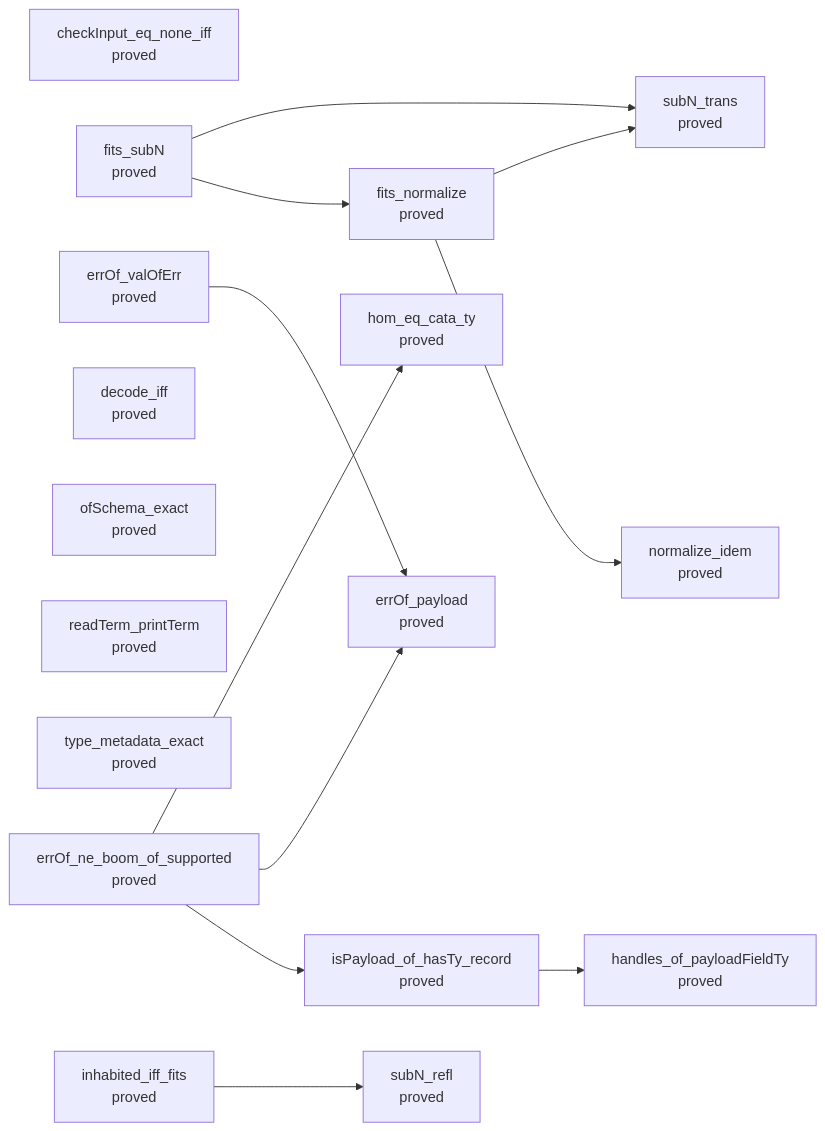
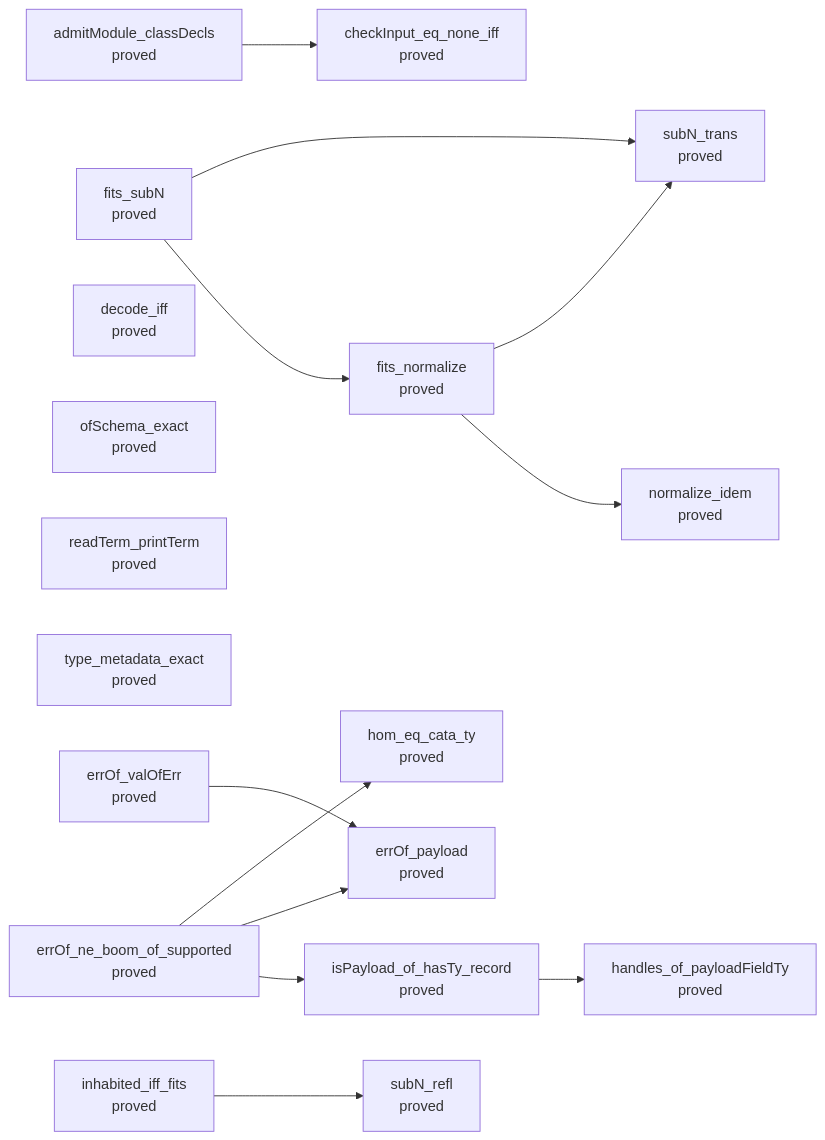
Before and after one commit to pure-algebra/lean4-effect4: the third of 13 diagrams in generated/semantics.md, drawn with Mermaid. The commit also changed other lines of this file and 2 other files, not shown here.

Commit message:
E2: the registry: R3's face part closes; payload-class-decl-exact; make gen-semantics
R3's open part for error payloads drops E2's face and names what stays open after it: catchTag's
residual over records (row 130), int and number fields (row 121), a field typed by another
class, a record update of a class instance, and a host row answering a payload (R6, parked).
`collection-term-print-read` names the classes and their coverage; the new claim
`payload-class-decl-exact` (`exact-codecs`, R3) points at `admitModule_classDecls`, proved.
`docs/core/semantics.md` states both; `generated/semantics.md` is `make gen-semantics`'s.

````diff
--- a/generated/semantics.md
+++ b/generated/semantics.md
@@ -1857,30 +1869,32 @@
 ```mermaid
 flowchart LR
   n0["checkInput_eq_none_iff<br/>proved"]
   n1["fits_normalize<br/>proved"]
   n2["fits_subN<br/>proved"]
   n3["inhabited_iff_fits<br/>proved"]
   n4["hom_eq_cata_ty<br/>proved"]
   n5["decode_iff<br/>proved"]
   n6["ofSchema_exact<br/>proved"]
   n7["readTerm_printTerm<br/>proved"]
   n8["type_metadata_exact<br/>proved"]
   n9["errOf_valOfErr<br/>proved"]
-  n10["errOf_ne_boom_of_supported<br/>proved"]
-  n11["errOf_payload<br/>proved"]
-  n12["isPayload_of_hasTy_record<br/>proved"]
-  n13["subN_trans<br/>proved"]
-  n14["normalize_idem<br/>proved"]
-  n15["subN_refl<br/>proved"]
-  n16["handles_of_payloadFieldTy<br/>proved"]
-  n1 --> n13
+  n10["admitModule_classDecls<br/>proved"]
+  n11["errOf_ne_boom_of_supported<br/>proved"]
+  n12["errOf_payload<br/>proved"]
+  n13["isPayload_of_hasTy_record<br/>proved"]
+  n14["subN_trans<br/>proved"]
+  n15["normalize_idem<br/>proved"]
+  n16["subN_refl<br/>proved"]
+  n17["handles_of_payloadFieldTy<br/>proved"]
   n1 --> n14
-  n2 --> n13
+  n1 --> n15
+  n2 --> n14
   n2 --> n1
-  n3 --> n15
-  n9 --> n11
-  n10 --> n4
-  n10 --> n11
-  n10 --> n12
-  n12 --> n16
+  n3 --> n16
+  n9 --> n12
+  n10 --> n0
+  n11 --> n4
+  n11 --> n12
+  n11 --> n13
+  n13 --> n17
 ```
````
